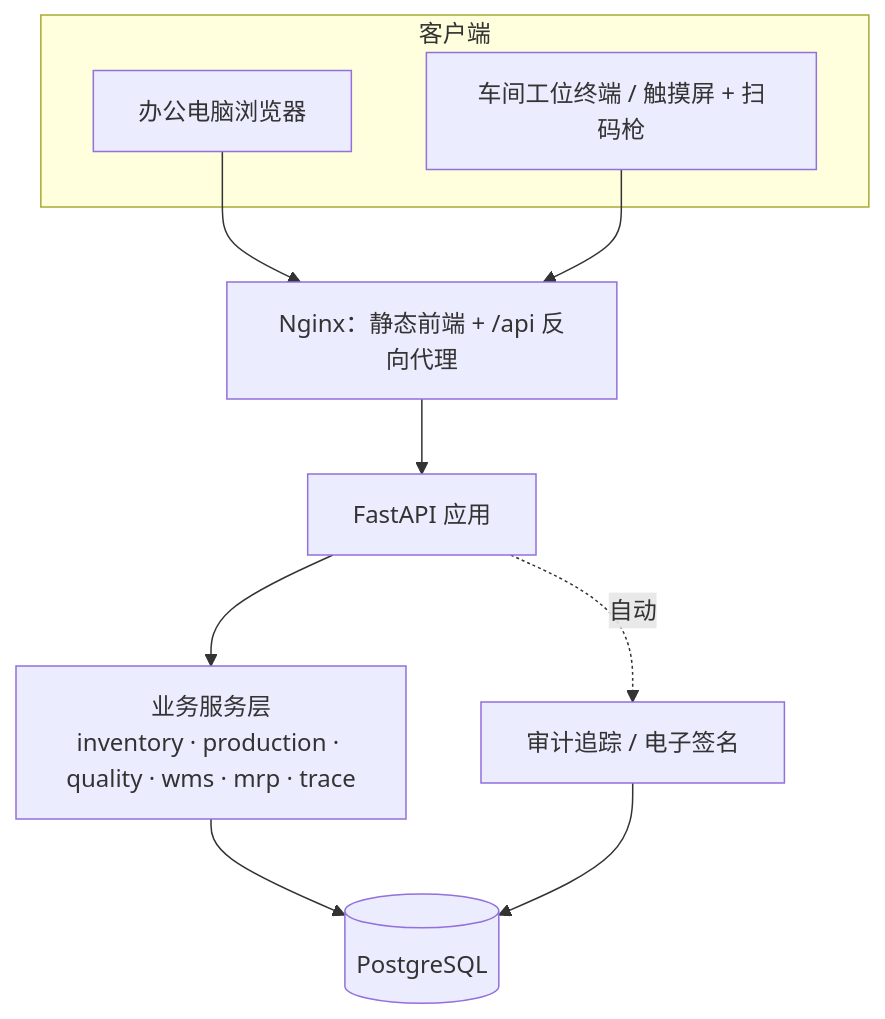
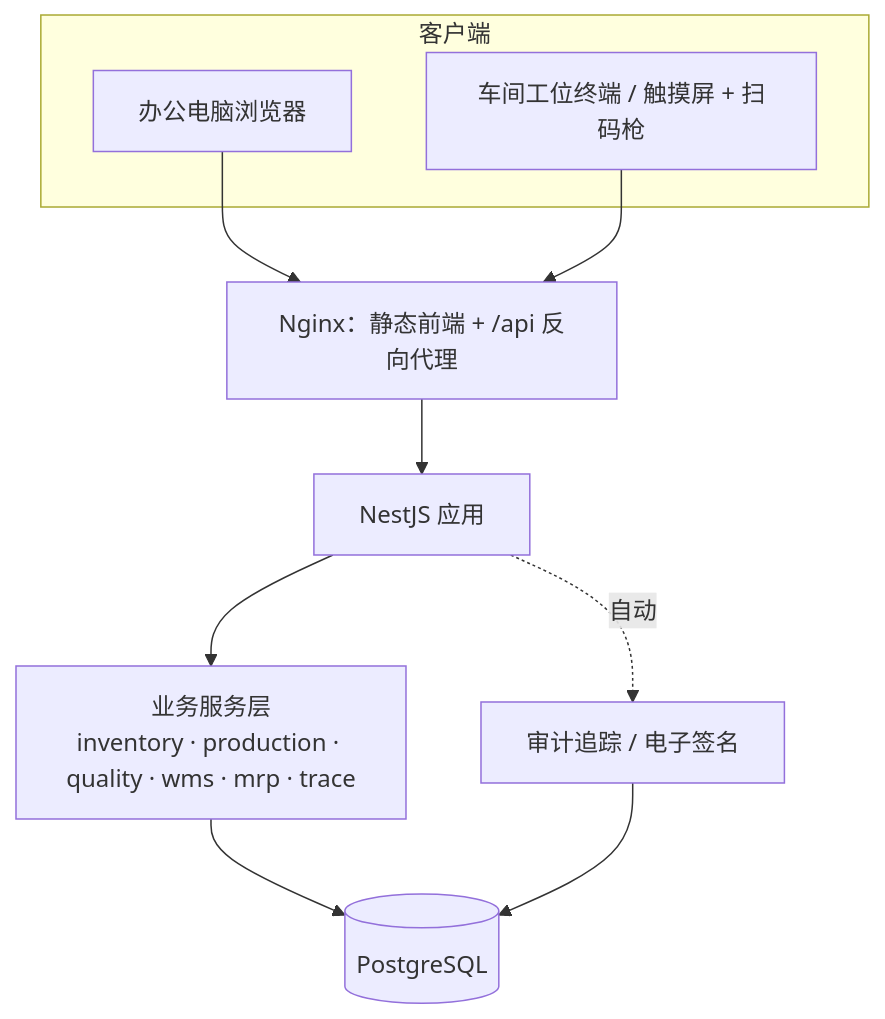
The diagram in docs/architecture.md (qq591053991/Nuon-system), drawn with Mermaid before and after one commit. The commit also changed other lines of this file and 161 other files, not shown here.

````diff
--- a/docs/architecture.md
+++ b/docs/architecture.md
@@ -5,13 +5,13 @@
 ```mermaid
 flowchart TB
   subgraph 客户端
     PC[办公电脑浏览器]
     ST[车间工位终端 / 触摸屏 + 扫码枪]
   end
   PC & ST --> NG[Nginx：静态前端 + /api 反向代理]
-  NG --> API[FastAPI 应用]
+  NG --> API[NestJS 应用]
   API --> SVC[业务服务层<br/>inventory · production · quality · wms · mrp · trace]
   SVC --> DB[(PostgreSQL)]
   API -. 自动 .-> AUD[审计追踪 / 电子签名]
   AUD --> DB
 ```
````
